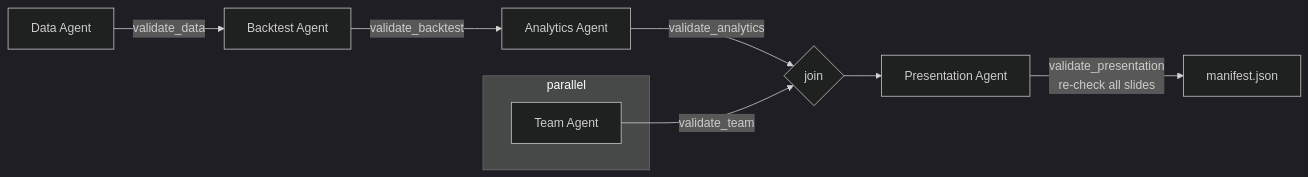
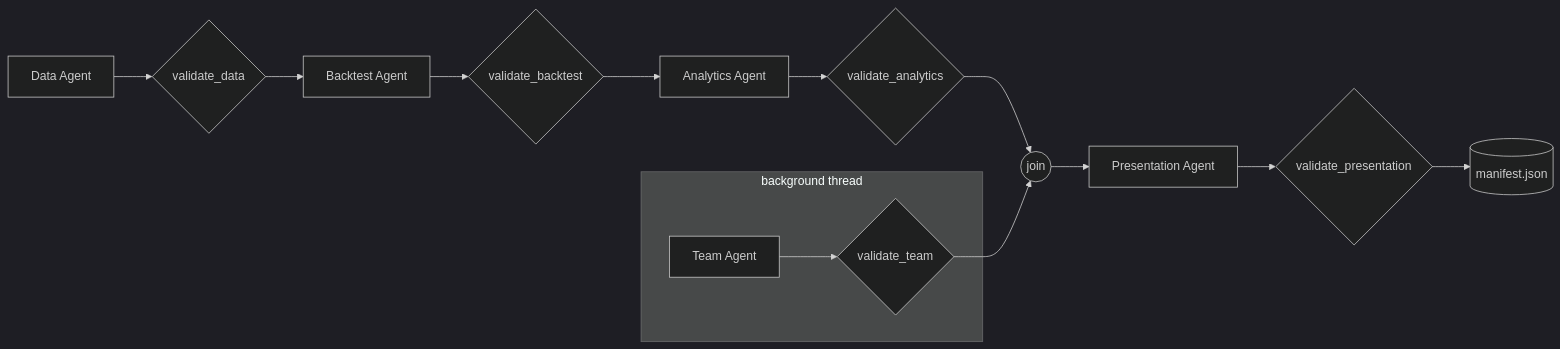
One commit to emitby/Replicating-an-Asset-Management-Firm-with-Agents-and-Task-Decomposition changed the diagram in docs/harness.md. Above: the diagram before and after it, drawn with Mermaid (dark theme). The commit also changed other lines of this file and 40 other files, not shown here.

````diff
--- a/docs/harness.md
+++ b/docs/harness.md
@@ -7,12 +18,11 @@
 ```mermaid
 flowchart LR
-    subgraph parallel
-        T[Team Agent]
+    subgraph bg[background thread]
+      T[Team Agent] --> VT{validate_team}
     end
-    D[Data Agent] -->|validate_data| B[Backtest Agent]
-    B -->|validate_backtest| A[Analytics Agent]
-    A -->|validate_analytics| J{join}
-    T -->|validate_team| J
-    J --> P[Presentation Agent]
-    P -->|validate_presentation<br/>re-check all slides| M[manifest.json]
+    D[Data Agent] --> VD{validate_data} --> B[Backtest Agent] --> VB{validate_backtest}
+    VB --> A[Analytics Agent] --> VA{validate_analytics}
+    VA --> J((join))
+    VT --> J
+    J --> P[Presentation Agent] --> VP{validate_presentation} --> M[(manifest.json)]
 ```
````
